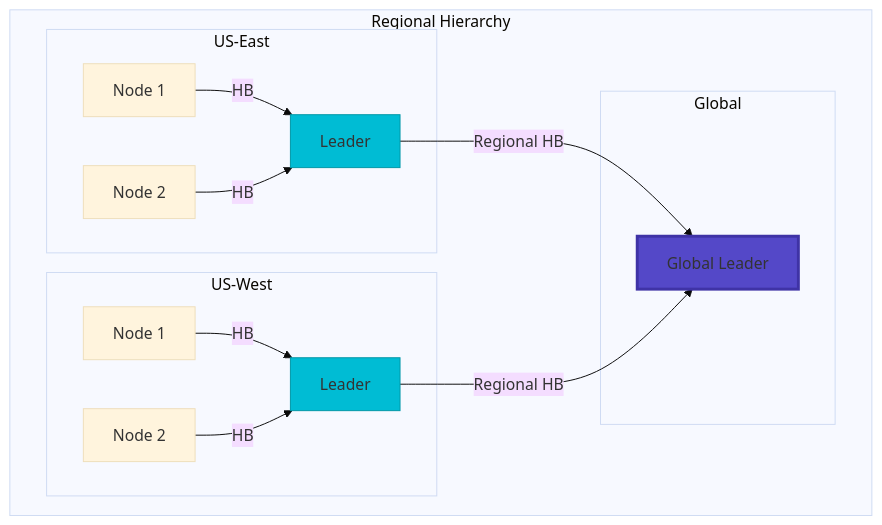
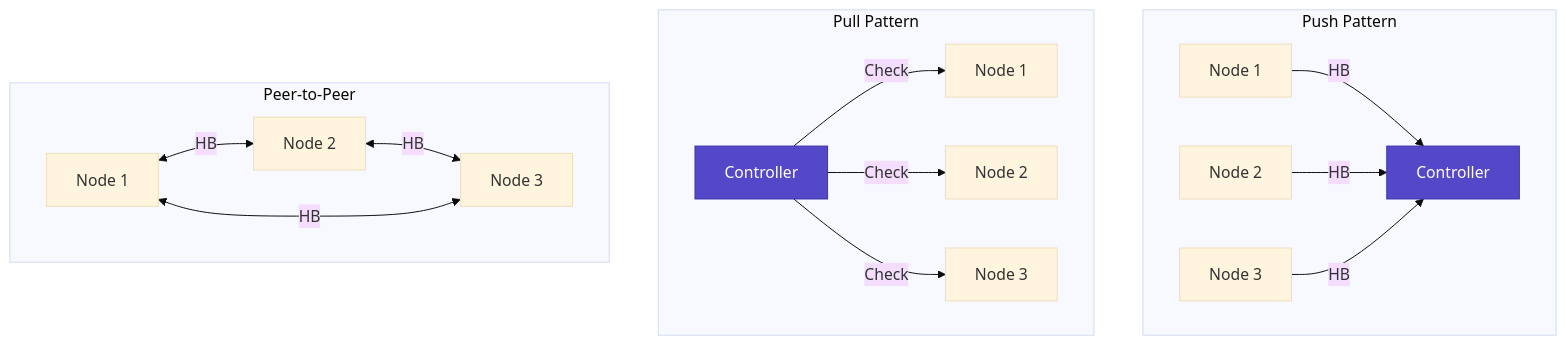
One commit to deepaucksharma/DStudio changed the second of 6 diagrams in docs/pattern-library/resilience/heartbeat.md. Above: the diagram before and after it, drawn with Mermaid (base theme). The commit also changed other lines of this file and 119 other files, not shown here.

````diff
--- a/docs/pattern-library/resilience/heartbeat.md
+++ b/docs/pattern-library/resilience/heartbeat.md
@@ -375,26 +106,23 @@
 ```mermaid
 graph TB
-    subgraph "Regional Hierarchy"
-        subgraph "US-East"
-            USE_L[Leader] 
-            USE_N1[Node 1] -->|HB| USE_L
-            USE_N2[Node 2] -->|HB| USE_L
-        end
-        
-        subgraph "US-West"
-            USW_L[Leader]
-            USW_N1[Node 1] -->|HB| USW_L
-            USW_N2[Node 2] -->|HB| USW_L
-        end
-        
-        subgraph "Global"
-            GLOBAL[Global Leader]
-            USE_L -->|Regional HB| GLOBAL
-            USW_L -->|Regional HB| GLOBAL
-        end
+    subgraph "Push Pattern"
+        N1[Node 1] -->|HB| C1[Controller]
+        N2[Node 2] -->|HB| C1
+        N3[Node 3] -->|HB| C1
     end
     
-    style GLOBAL fill:#5448C8,stroke:#3f33a6,stroke-width:3px
-    style USE_L fill:#00BCD4,stroke:#0097a7
-    style USW_L fill:#00BCD4,stroke:#0097a7
+    subgraph "Pull Pattern"
+        C2[Controller] -->|Check| N4[Node 1]
+        C2 -->|Check| N5[Node 2]
+        C2 -->|Check| N6[Node 3]
+    end
+    
+    subgraph "Peer-to-Peer"
+        N7[Node 1] <-->|HB| N8[Node 2]
+        N8 <-->|HB| N9[Node 3]
+        N9 <-->|HB| N7
+    end
+    
+    style C1 fill:#5448C8,stroke:#3f33a6,color:#fff
+    style C2 fill:#5448C8,stroke:#3f33a6,color:#fff
 ```
````
